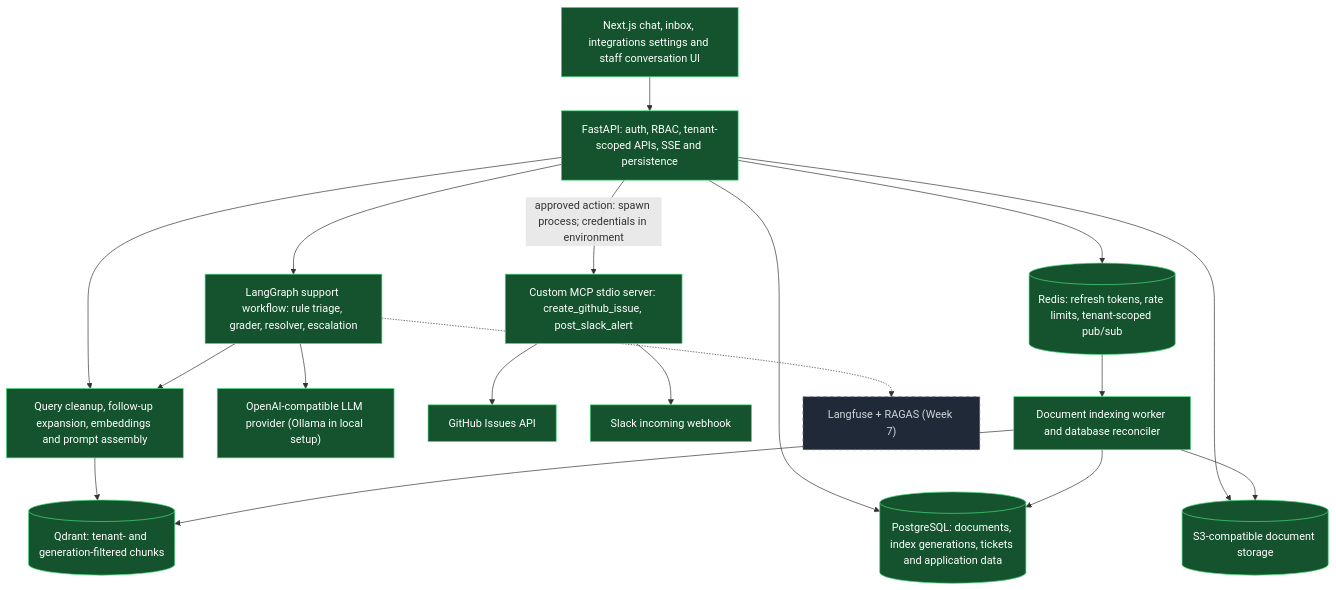
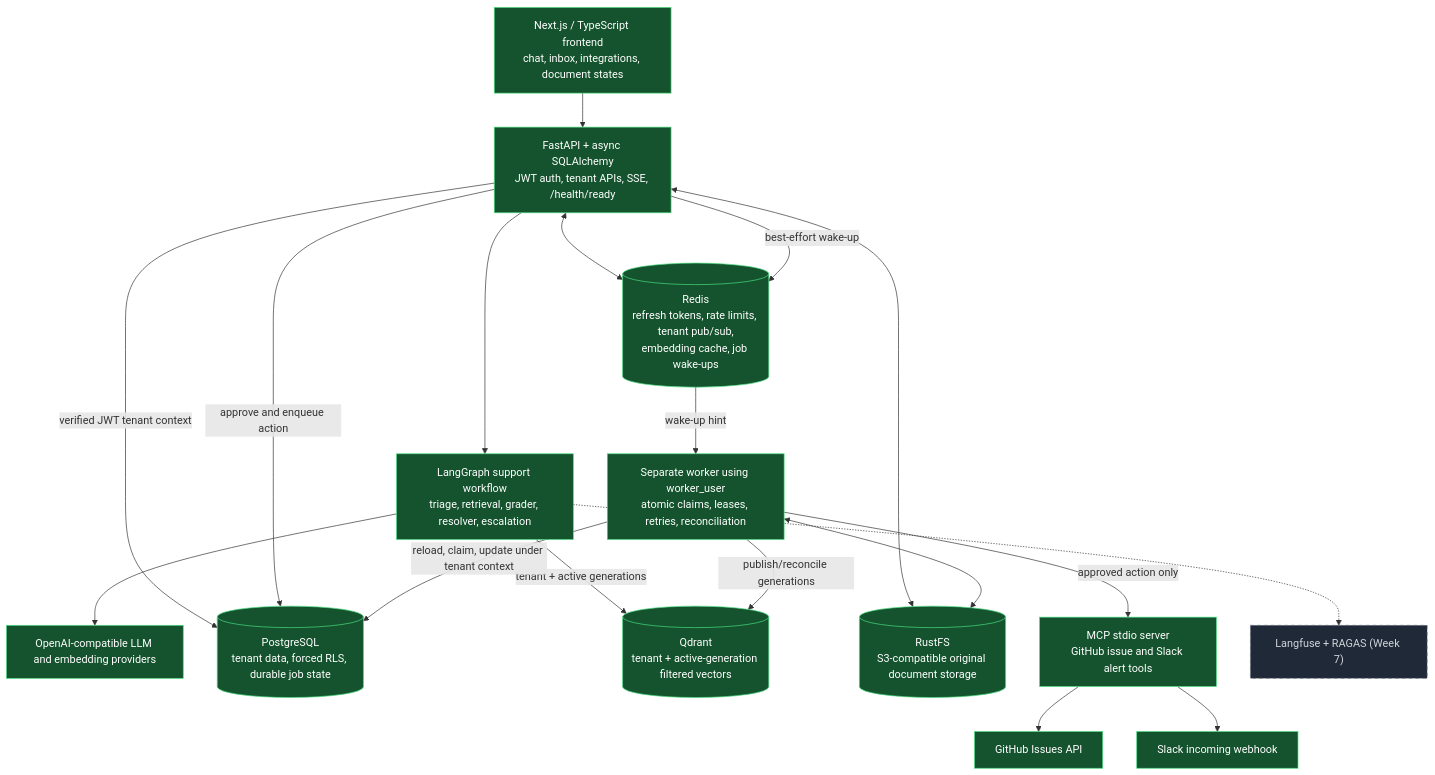
Before and after one commit to BanothuNithin/SupportPilot: the first of 8 diagrams in docs/ARCHITECTURE.md, drawn with Mermaid. The commit also changed other lines of this file and 34 other files, not shown here.

Commit message:
feat(week6): complete durable workers and PostgreSQL RLS

````diff
--- a/docs/ARCHITECTURE.md
+++ b/docs/ARCHITECTURE.md
@@ -5,38 +5,37 @@
 ```mermaid
 flowchart TD
-    UI["Next.js chat, inbox, integrations settings and staff conversation UI"]:::done
-    API["FastAPI: auth, RBAC, tenant-scoped APIs, SSE and persistence"]:::done
-    AG["LangGraph support workflow: rule triage, grader, resolver, escalation"]:::done
-    RAG["Query cleanup, follow-up expansion, embeddings and prompt assembly"]:::done
-    QD[("Qdrant: tenant- and generation-filtered chunks")]:::done
-    LLM["OpenAI-compatible LLM provider (Ollama in local setup)"]:::done
-    MCP["Custom MCP stdio server: create_github_issue, post_slack_alert"]:::done
+    UI["Next.js / TypeScript frontend<br/>chat, inbox, integrations, document states"]:::done
+    API["FastAPI + async SQLAlchemy<br/>JWT auth, tenant APIs, SSE, /health/ready"]:::done
+    AG["LangGraph support workflow<br/>triage, retrieval, grader, resolver, escalation"]:::done
+    LLM["OpenAI-compatible LLM and embedding providers"]:::done
+    PG[("PostgreSQL<br/>tenant data, forced RLS, durable job state")]:::done
+    RD[("Redis<br/>refresh tokens, rate limits, tenant pub/sub,<br/>embedding cache, job wake-ups")]:::done
+    WK["Separate worker using worker_user<br/>atomic claims, leases, retries, reconciliation"]:::done
+    QD[("Qdrant<br/>tenant + active-generation filtered vectors")]:::done
+    S3[("RustFS<br/>S3-compatible original document storage")]:::done
+    MCP["MCP stdio server<br/>GitHub issue and Slack alert tools"]:::done
     GH["GitHub Issues API"]:::done
     SL["Slack incoming webhook"]:::done
-    PG[("PostgreSQL: documents, index generations, tickets and application data")]:::done
-    RD[("Redis: refresh tokens, rate limits, tenant-scoped pub/sub")]:::done
-    WK["Document indexing worker and database reconciler"]:::done
-    S3[("S3-compatible document storage")]:::done
     OBS["Langfuse + RAGAS (Week 7)"]:::planned
 
     UI --> API
     API --> AG
-    API --> RAG
-    AG --> RAG
-    RAG --> QD
     AG --> LLM
-    API --> PG
-    API --> RD
-    API --> S3
-    RD --> WK
-    WK --> PG
-    WK --> S3
-    WK --> QD
-    API -->|"approved action: spawn process; credentials in environment"| MCP
+    AG -->|"tenant + active generations"| QD
+    API -->|"verified JWT tenant context"| PG
+    API <--> RD
+    API <--> S3
+    API -->|"approve and enqueue action"| PG
+    API -->|"best-effort wake-up"| RD
+    RD -->|"wake-up hint"| WK
+    WK -->|"reload, claim, update under tenant context"| PG
+    WK <--> S3
+    WK -->|"publish/reconcile generations"| QD
+    WK -->|"approved action only"| MCP
     MCP --> GH
     MCP --> SL
     AG -.-> OBS
 
     classDef done fill:#14532d,stroke:#4ade80,color:#ffffff;
     classDef planned fill:#1f2937,stroke:#6b7280,color:#d1d5db,stroke-dasharray: 5 5;
 ```
````
